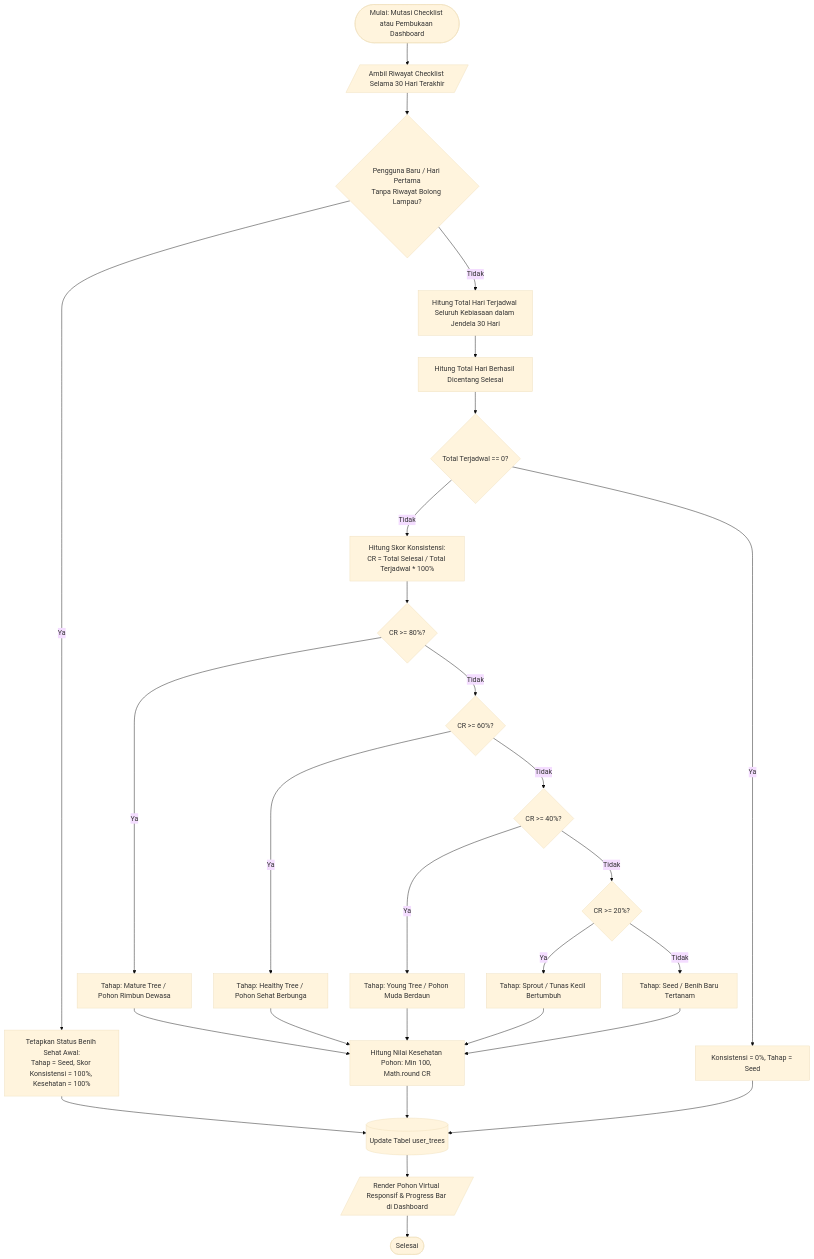
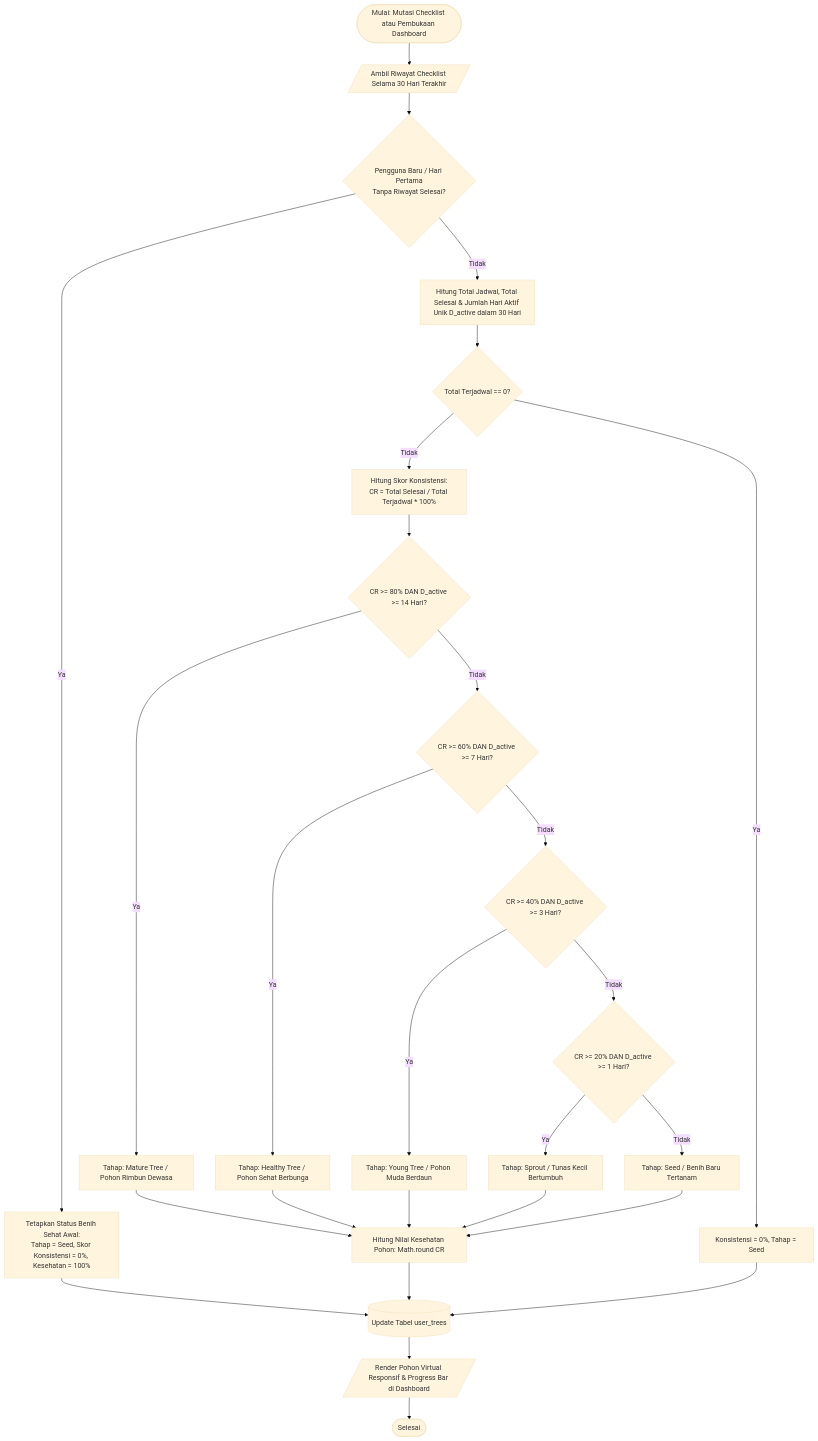
The seventh of 15 diagrams in PROJECT_DOCUMENTATION.md (Vincentaa7/HabitGrow), drawn with Mermaid (base theme) before and after one commit. The commit also changed other lines of this file and 6 other files, not shown here.

````diff
--- a/PROJECT_DOCUMENTATION.md
+++ b/PROJECT_DOCUMENTATION.md
@@ -599,40 +599,39 @@
 ```mermaid
 flowchart TD
     Start([Mulai: Mutasi Checklist atau Pembukaan Dashboard]) --> FetchWindow[/Ambil Riwayat Checklist Selama 30 Hari Terakhir/]
-    FetchWindow --> CheckNewUser{Pengguna Baru / Hari Pertama<br/>Tanpa Riwayat Bolong Lampau?}
+    FetchWindow --> CheckNewUser{Pengguna Baru / Hari Pertama<br/>Tanpa Riwayat Selesai?}
     
-    CheckNewUser -- Ya --> SetGraceful[Tetapkan Status Benih Sehat Awal:<br/>Tahap = Seed, Skor Konsistensi = 100%, Kesehatan = 100%]
+    CheckNewUser -- Ya --> SetGraceful[Tetapkan Status Benih Sehat Awal:<br/>Tahap = Seed, Skor Konsistensi = 0%, Kesehatan = 100%]
     SetGraceful --> PersistDB[(Update Tabel user_trees)]
 
-    CheckNewUser -- Tidak --> CalcTotalSched[Hitung Total Hari Terjadwal Seluruh Kebiasaan dalam Jendela 30 Hari]
-    CalcTotalSched --> CalcTotalDone[Hitung Total Hari Berhasil Dicentang Selesai]
-    CalcTotalDone --> CheckZeroSched{Total Terjadwal == 0?}
+    CheckNewUser -- Tidak --> CalcTotalSched[Hitung Total Jadwal, Total Selesai & Jumlah Hari Aktif Unik D_active dalam 30 Hari]
+    CalcTotalSched --> CheckZeroSched{Total Terjadwal == 0?}
     
     CheckZeroSched -- Ya --> SetDefaultSeed[Konsistensi = 0%, Tahap = Seed]
     CheckZeroSched -- Tidak --> CalcScore[Hitung Skor Konsistensi:<br/>CR = Total Selesai / Total Terjadwal * 100%]
 
-    CalcScore --> CheckMature{CR >= 80%?}
+    CalcScore --> CheckMature{CR >= 80% DAN D_active >= 14 Hari?}
     CheckMature -- Ya --> StageMature[Tahap: Mature Tree / Pohon Rimbun Dewasa]
     
-    CheckMature -- Tidak --> CheckHealthy{CR >= 60%?}
+    CheckMature -- Tidak --> CheckHealthy{CR >= 60% DAN D_active >= 7 Hari?}
     CheckHealthy -- Ya --> StageHealthy[Tahap: Healthy Tree / Pohon Sehat Berbunga]
     
-    CheckHealthy -- Tidak --> CheckYoung{CR >= 40%?}
+    CheckHealthy -- Tidak --> CheckYoung{CR >= 40% DAN D_active >= 3 Hari?}
     CheckYoung -- Ya --> StageYoung[Tahap: Young Tree / Pohon Muda Berdaun]
     
-    CheckYoung -- Tidak --> CheckSprout{CR >= 20%?}
+    CheckYoung -- Tidak --> CheckSprout{CR >= 20% DAN D_active >= 1 Hari?}
     CheckSprout -- Ya --> StageSprout[Tahap: Sprout / Tunas Kecil Bertumbuh]
     
     CheckSprout -- Tidak --> StageSeed[Tahap: Seed / Benih Baru Tertanam]
 
-    StageMature --> CalcHealth[Hitung Nilai Kesehatan Pohon: Min 100, Math.round CR]
+    StageMature --> CalcHealth[Hitung Nilai Kesehatan Pohon: Math.round CR]
     StageHealthy --> CalcHealth
     StageYoung --> CalcHealth
     StageSprout --> CalcHealth
     StageSeed --> CalcHealth
 
     CalcHealth --> PersistDB
     SetDefaultSeed --> PersistDB
     PersistDB --> BroadcastUI[/Render Pohon Virtual Responsif & Progress Bar di Dashboard/]
     BroadcastUI --> End([Selesai])
 ```
````
